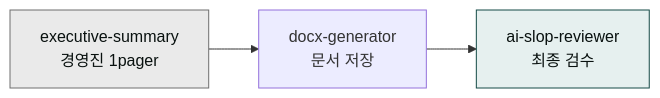
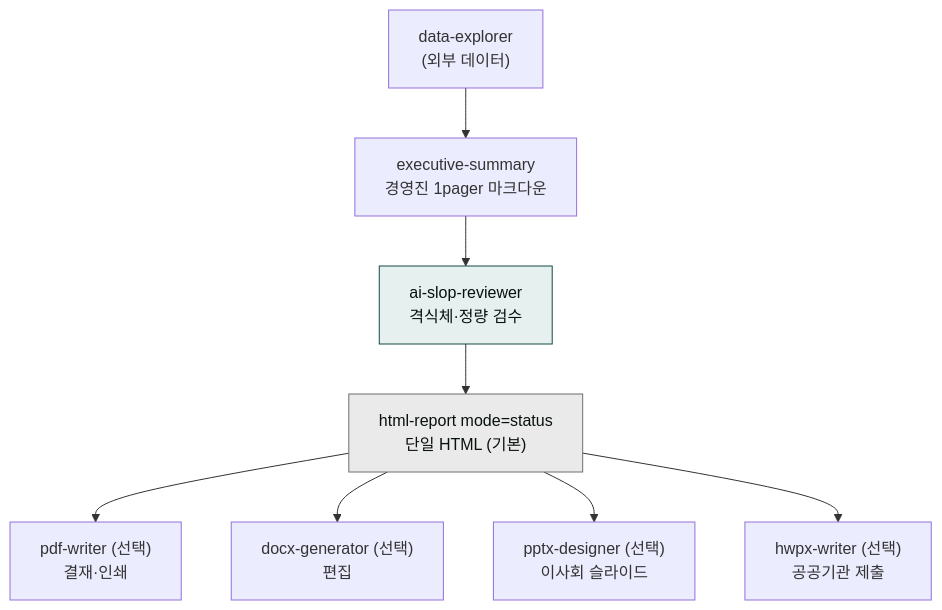
Before and after one commit to modu-ai/claude: the diagram in content/plugins/moai-bi.md, drawn with Mermaid. The commit also changed other lines of this file and 92 other files, not shown here.

````diff
--- a/content/plugins/moai-bi.md
+++ b/content/plugins/moai-bi.md
@@ -13,7 +13,12 @@
 ```mermaid
-flowchart LR
-    A["executive-summary<br/>경영진 1pager"] --> B["docx-generator<br/>문서 저장"]
-    B --> C["ai-slop-reviewer<br/>최종 검수"]
-    style A fill:#eaeaea,stroke:#6e6e6e,color:#09110f
+flowchart TD
+    A["data-explorer<br/>(외부 데이터)"] --> B["executive-summary<br/>경영진 1pager 마크다운"]
+    B --> C["ai-slop-reviewer<br/>격식체·정량 검수"]
+    C --> D["html-report mode=status<br/>단일 HTML (기본)"]
+    D --> E1["pdf-writer (선택)<br/>결재·인쇄"]
+    D --> E2["docx-generator (선택)<br/>편집"]
+    D --> E3["pptx-designer (선택)<br/>이사회 슬라이드"]
+    D --> E4["hwpx-writer (선택)<br/>공공기관 제출"]
+    style D fill:#eaeaea,stroke:#6e6e6e,color:#09110f
     style C fill:#e6f0ef,stroke:#144a46,color:#09110f
 ```
````
